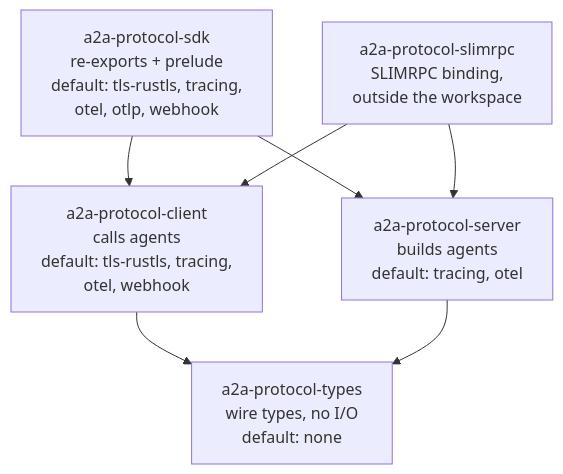
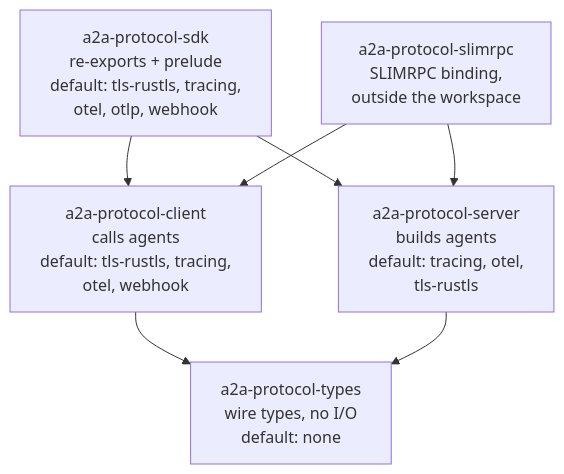
The diagram in book/diagrams/gs-crate-map.mmd (tomtom215/a2a-rust), drawn with Mermaid before and after one commit. The commit also changed 5 other files, not shown here.

First line of the commit message:
docs: the server's tls-rustls default is on the Installation page, the README and the crate map

```diff
--- a/book/diagrams/gs-crate-map.mmd
+++ b/book/diagrams/gs-crate-map.mmd
@@ -1,14 +1,14 @@
 %% SPDX-License-Identifier: Apache-2.0
 %% Copyright 2026 Tom F. <tomf@tomtomtech.net> (https://github.com/tomtom215)
 flowchart TB
     sdk["a2a-protocol-sdk<br/>re-exports + prelude<br/>default: tls-rustls, tracing,<br/>otel, otlp, webhook"]
     slim["a2a-protocol-slimrpc<br/>SLIMRPC binding,<br/>outside the workspace"]
     client["a2a-protocol-client<br/>calls agents<br/>default: tls-rustls, tracing,<br/>otel, webhook"]
-    server["a2a-protocol-server<br/>builds agents<br/>default: tracing, otel"]
+    server["a2a-protocol-server<br/>builds agents<br/>default: tracing, otel,<br/>tls-rustls"]
     types["a2a-protocol-types<br/>wire types, no I/O<br/>default: none"]
     sdk --> client
     sdk --> server
     slim --> client
     slim --> server
     client --> types
     server --> types
```
